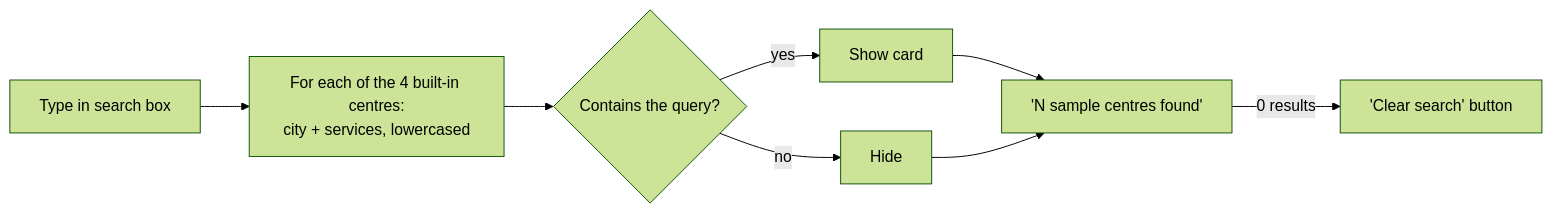
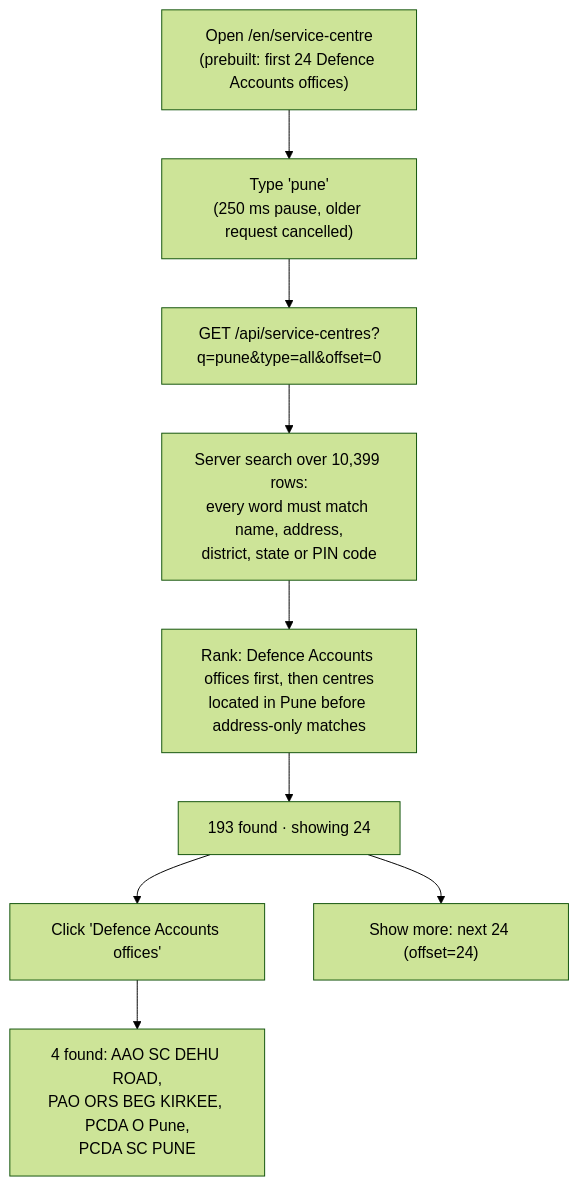
One commit to shubhamsingh333/pension-sahayak changed the eighth of 11 diagrams in HOW-IT-WORKS.md. Above: the diagram before and after it, drawn with Mermaid (forest theme). The commit also changed other lines of this file and 20 other files, not shown here.

First line of the commit message:
Replace fictional service centres with the official SPARSH directory

````diff
--- a/HOW-IT-WORKS.md
+++ b/HOW-IT-WORKS.md
@@ -327,10 +329,16 @@
 ```mermaid
-flowchart LR
-    A["Type in search box"] --> B["For each of the 4 built-in centres:<br/>city + services, lowercased"]
-    B --> C{"Contains the query?"}
-    C -->|"yes"| D["Show card"]
-    C -->|"no"| E["Hide"]
-    D --> F["'N sample centres found'"]
-    E --> F
-    F -->|"0 results"| G["'Clear search' button"]
+flowchart TD
+    A["Open /en/service-centre<br/>(prebuilt: first 24 Defence Accounts offices)"]
+    B["Type 'pune'<br/>(250 ms pause, older request cancelled)"]
+    C["GET /api/service-centres?q=pune&type=all&offset=0"]
+    D["Server search over 10,399 rows:<br/>every word must match name, address,<br/>district, state or PIN code"]
+    E["Rank: Defence Accounts offices first, then centres<br/>located in Pune before address-only matches"]
+    F["193 found · showing 24"]
+    G["Click 'Defence Accounts offices'"]
+    H["4 found: AAO SC DEHU ROAD,<br/>PAO ORS BEG KIRKEE, PCDA O Pune,<br/>PCDA SC PUNE"]
+    M["Show more: next 24 (offset=24)"]
+
+    A --> B --> C --> D --> E --> F
+    F --> G --> H
+    F --> M
 ```
````
